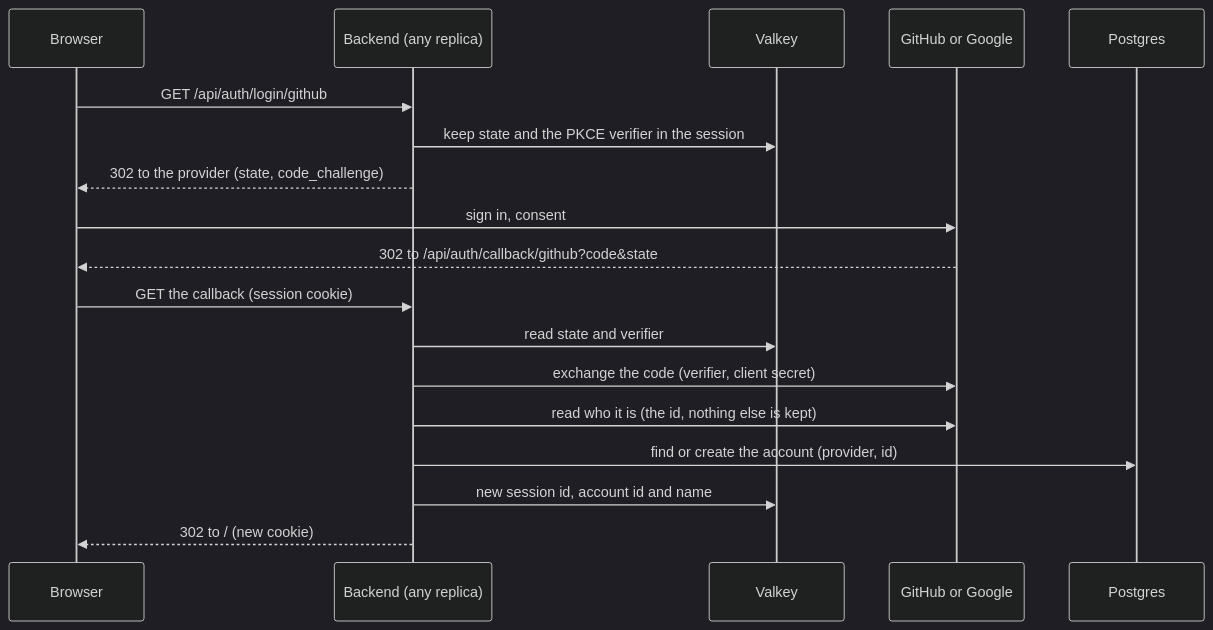
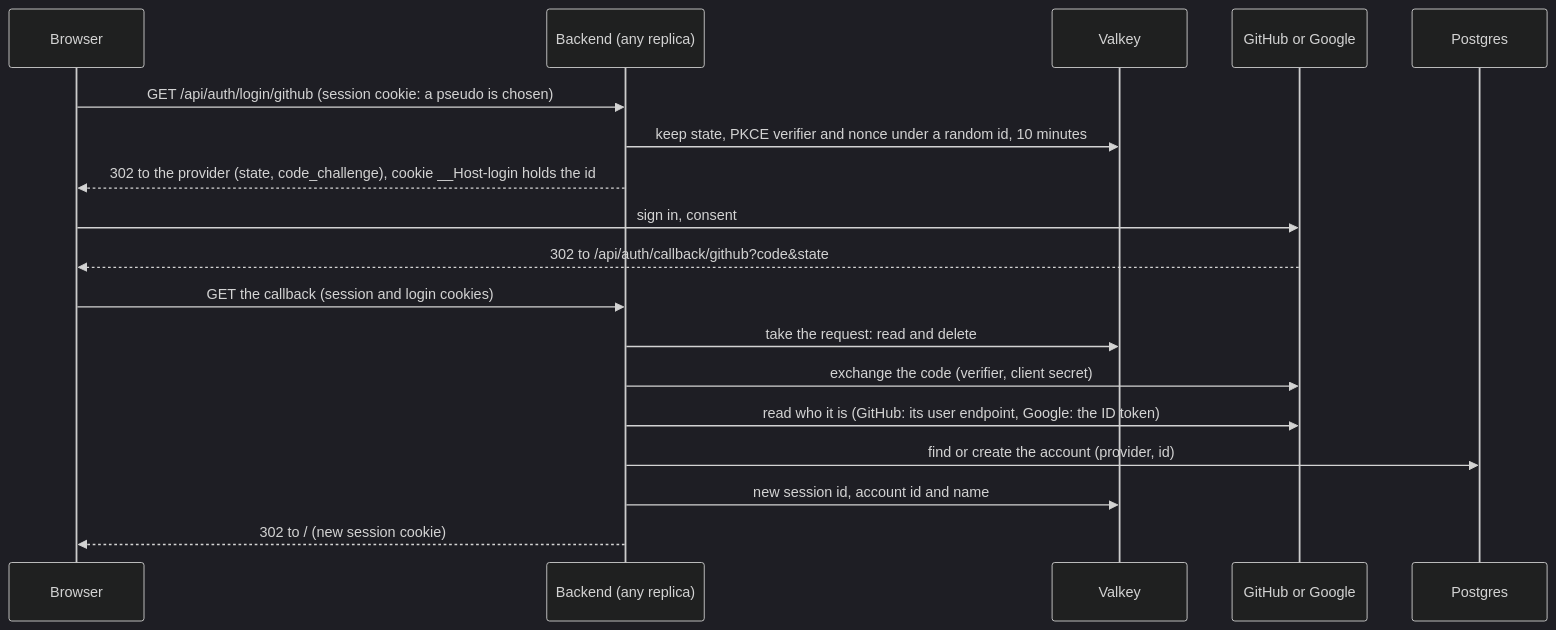
The diagram in docs/adr/0011-sign-in-with-github-or-google.md (Didelo-lilian/semaphore), drawn with Mermaid (dark theme) before and after one commit. The commit also changed other lines of this file and 37 other files, not shown here.

Commit message:
feat: sign in with GitHub or Google (#74)

````diff
--- a/docs/adr/0011-sign-in-with-github-or-google.md
+++ b/docs/adr/0011-sign-in-with-github-or-google.md
@@ -19,20 +19,20 @@
 ```mermaid
 sequenceDiagram
   participant B as Browser
   participant R as Backend (any replica)
   participant V as Valkey
   participant P as GitHub or Google
   participant D as Postgres
-  B->>R: GET /api/auth/login/github
-  R->>V: keep state and the PKCE verifier in the session
-  R-->>B: 302 to the provider (state, code_challenge)
+  B->>R: GET /api/auth/login/github (session cookie: a pseudo is chosen)
+  R->>V: keep state, PKCE verifier and nonce under a random id, 10 minutes
+  R-->>B: 302 to the provider (state, code_challenge), cookie __Host-login holds the id
   B->>P: sign in, consent
   P-->>B: 302 to /api/auth/callback/github?code&state
-  B->>R: GET the callback (session cookie)
-  R->>V: read state and verifier
+  B->>R: GET the callback (session and login cookies)
+  R->>V: take the request: read and delete
   R->>P: exchange the code (verifier, client secret)
-  R->>P: read who it is (the id, nothing else is kept)
+  R->>P: read who it is (GitHub: its user endpoint, Google: the ID token)
   R->>D: find or create the account (provider, id)
   R->>V: new session id, account id and name
-  R-->>B: 302 to / (new cookie)
+  R-->>B: 302 to / (new session cookie)
 ```
````
